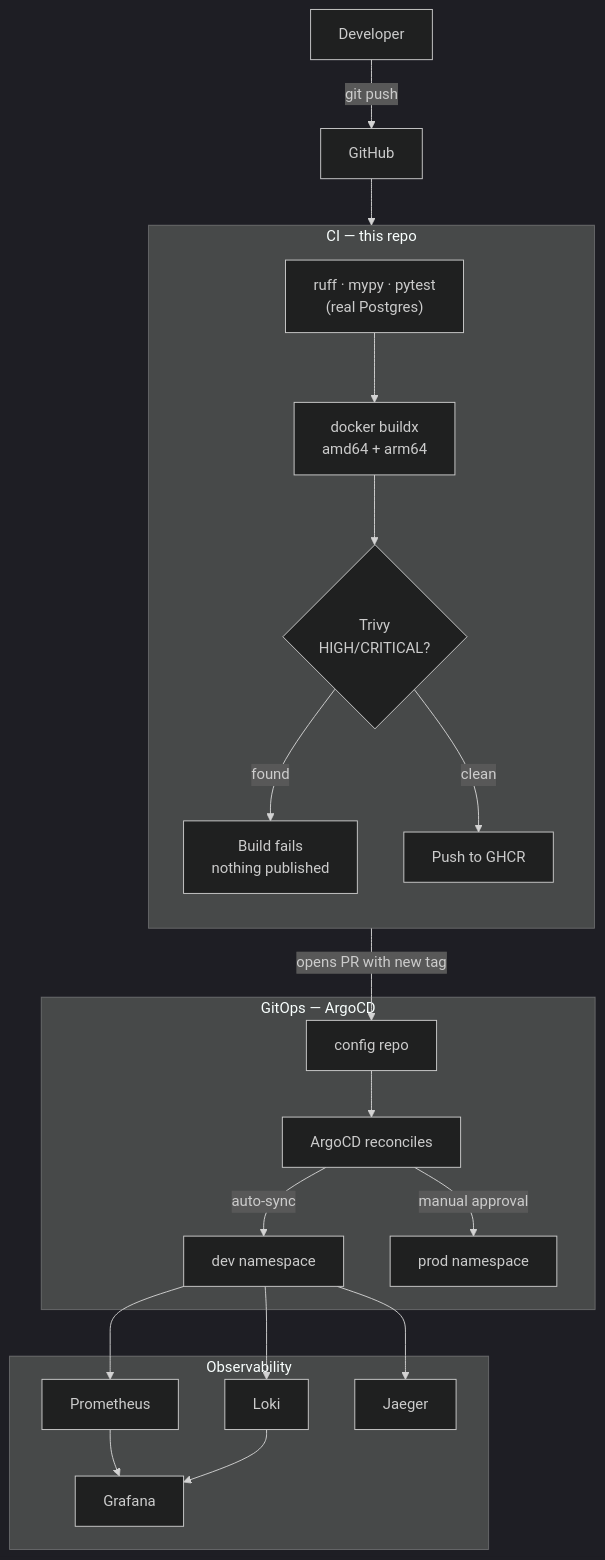
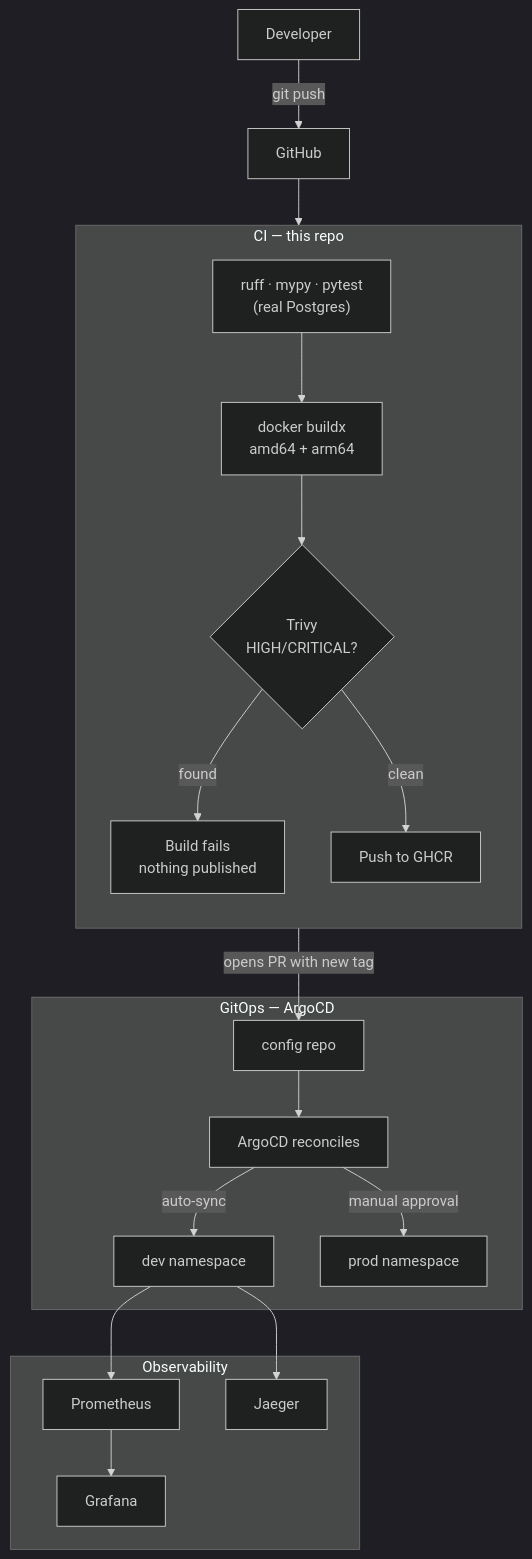
Before and after one commit to sudhamshrama/url-shortener: the first of 2 diagrams in README.md, drawn with Mermaid (dark theme). The commit also changed other lines of this file and 2 other files, not shown here.

Commit message:
docs: track known issues, correct observability claims
Loki logging does not work. Promtail ships without error and Loki accepts the
writes, but query_range returns zero streams while Loki's own request log shows
the data present — a short range returns rows and a long one returns none, with
HTTP 200 and no error surfaced.

Disabling query splitting and sharding did not resolve it. Leading hypothesis is
the TSDB index not resolving chunks from filesystem storage in single-binary
mode. Documented in docs/KNOWN-ISSUES.md with what has been ruled out.

The README claimed Loki logging as a working feature. It does not work, so the
claim is removed rather than left standing. Metrics and tracing do work and are
unchanged.

Also adds docs/screenshots/ with capture instructions.

````diff
--- a/README.md
+++ b/README.md
@@ -28,29 +28,27 @@
 ```mermaid
 flowchart TB
     dev["Developer"] -->|git push| gh["GitHub"]
 
     subgraph ci["CI — this repo"]
         direction TB
         lint["ruff · mypy · pytest<br/>(real Postgres)"] --> build["docker buildx<br/>amd64 + arm64"]
         build --> scan{"Trivy<br/>HIGH/CRITICAL?"}
         scan -->|found| stop["Build fails<br/>nothing published"]
         scan -->|clean| push["Push to GHCR"]
     end
 
     gh --> lint
     push -->|opens PR with new tag| cfg["config repo"]
 
     subgraph gitops["GitOps — ArgoCD"]
         cfg --> argo["ArgoCD reconciles"]
         argo -->|auto-sync| devns["dev namespace"]
         argo -->|manual approval| prodns["prod namespace"]
     end
 
     subgraph obs["Observability"]
         devns --> prom["Prometheus"]
-        devns --> loki["Loki"]
         devns --> jaeger["Jaeger"]
         prom --> graf["Grafana"]
-        loki --> graf
     end
 ```
````
